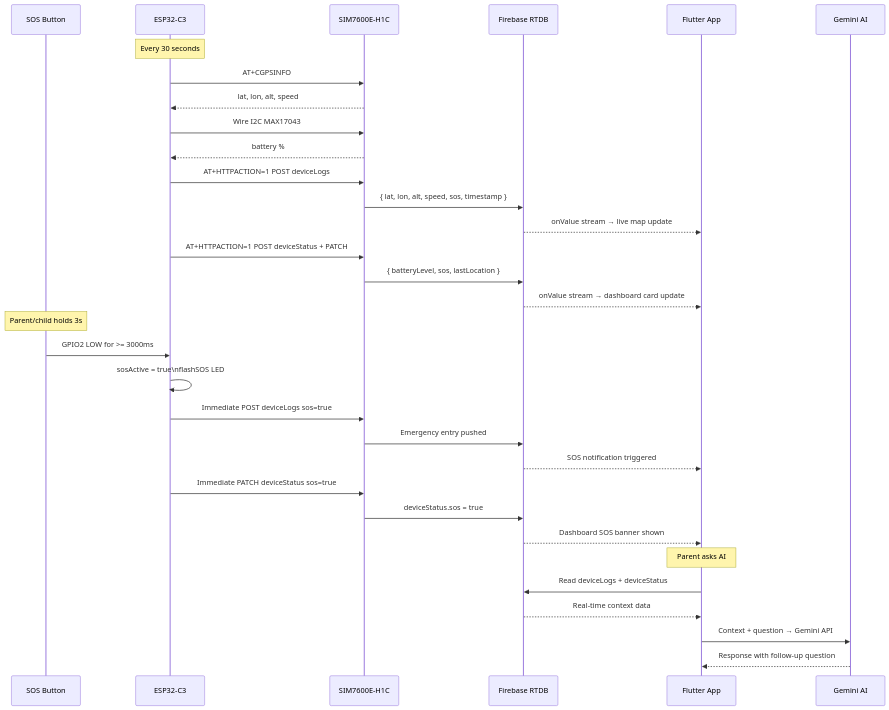
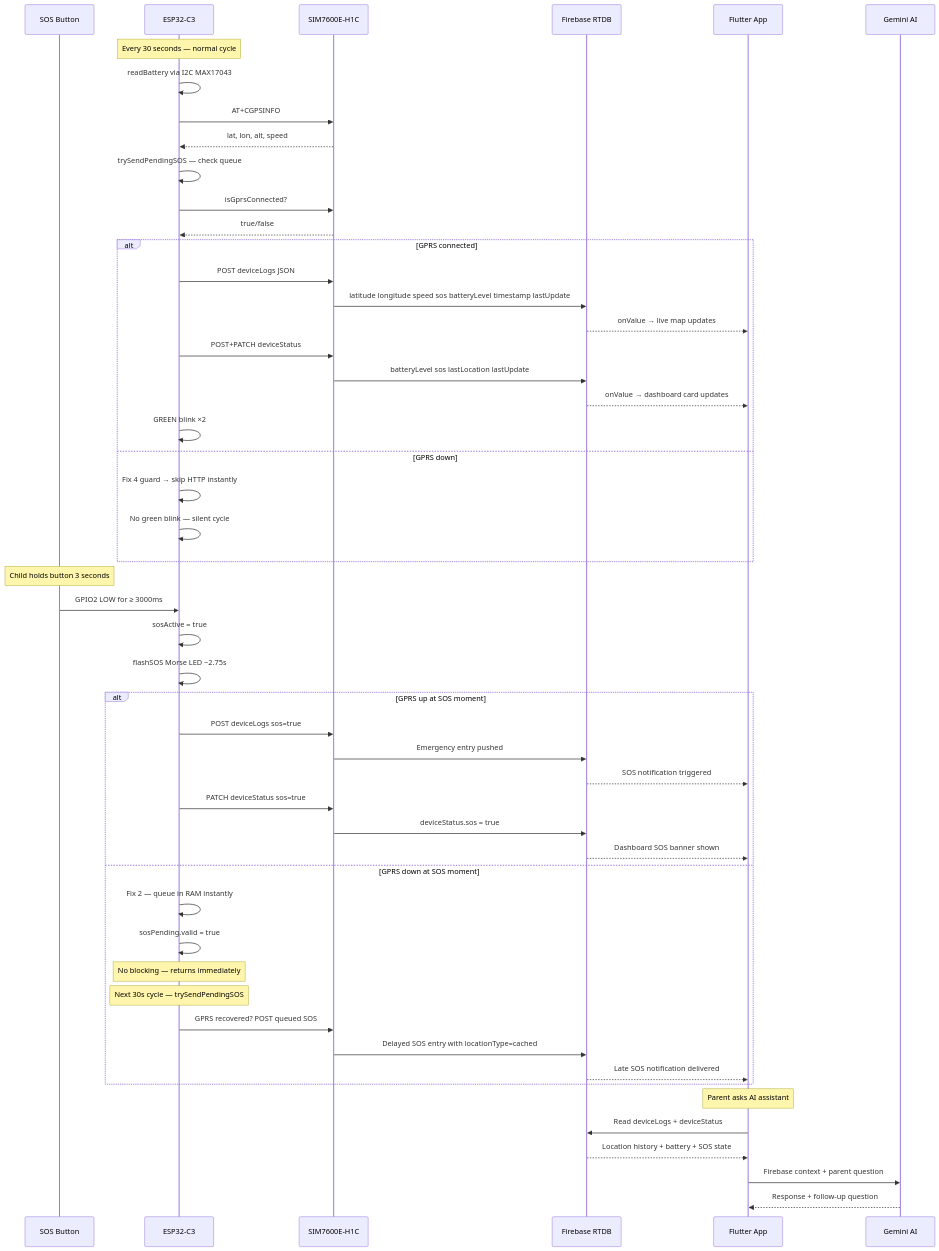
Before and after one commit to law4percent/SafeTrack: the ninth of 11 diagrams in docs/firmware/ESP32-C3_FLOW.md, drawn with Mermaid. The commit also changed other lines of this file and 1 other file, not shown here.

Commit message:
Make data unblockable to save to RTDB

````diff
--- a/docs/firmware/ESP32-C3_FLOW.md
+++ b/docs/firmware/ESP32-C3_FLOW.md
@@ -253,37 +269,58 @@
 ```mermaid
 sequenceDiagram
     participant BTN as SOS Button
     participant ESP as ESP32-C3
     participant GSM as SIM7600E-H1C
     participant FB as Firebase RTDB
     participant APP as Flutter App
     participant AI as Gemini AI
 
-    Note over ESP: Every 30 seconds
+    Note over ESP: Every 30 seconds — normal cycle
+    ESP->>ESP: readBattery via I2C MAX17043
     ESP->>GSM: AT+CGPSINFO
     GSM-->>ESP: lat, lon, alt, speed
-    ESP->>GSM: Wire I2C MAX17043
-    GSM-->>ESP: battery %
-    ESP->>GSM: AT+HTTPACTION=1 POST deviceLogs
-    GSM->>FB: { lat, lon, alt, speed, sos, timestamp }
-    FB-->>APP: onValue stream → live map update
-    ESP->>GSM: AT+HTTPACTION=1 POST deviceStatus + PATCH
-    GSM->>FB: { batteryLevel, sos, lastLocation }
-    FB-->>APP: onValue stream → dashboard card update
+    ESP->>ESP: trySendPendingSOS — check queue
+    ESP->>GSM: isGprsConnected?
+    GSM-->>ESP: true/false
 
-    Note over BTN: Parent/child holds 3s
-    BTN->>ESP: GPIO2 LOW for >= 3000ms
-    ESP->>ESP: sosActive = true\nflashSOS LED
-    ESP->>GSM: Immediate POST deviceLogs sos=true
-    GSM->>FB: Emergency entry pushed
-    FB-->>APP: SOS notification triggered
-    ESP->>GSM: Immediate PATCH deviceStatus sos=true
-    GSM->>FB: deviceStatus.sos = true
-    FB-->>APP: Dashboard SOS banner shown
+    alt GPRS connected
+        ESP->>GSM: POST deviceLogs JSON
+        GSM->>FB: latitude longitude speed sos batteryLevel timestamp lastUpdate
+        FB-->>APP: onValue → live map updates
+        ESP->>GSM: POST+PATCH deviceStatus
+        GSM->>FB: batteryLevel sos lastLocation lastUpdate
+        FB-->>APP: onValue → dashboard card updates
+        ESP->>ESP: GREEN blink ×2
+    else GPRS down
+        ESP->>ESP: Fix 4 guard → skip HTTP instantly
+        ESP->>ESP: No green blink — silent cycle
+    end
 
-    Note over APP: Parent asks AI
+    Note over BTN: Child holds button 3 seconds
+    BTN->>ESP: GPIO2 LOW for ≥ 3000ms
+    ESP->>ESP: sosActive = true
+    ESP->>ESP: flashSOS Morse LED ~2.75s
+
+    alt GPRS up at SOS moment
+        ESP->>GSM: POST deviceLogs sos=true
+        GSM->>FB: Emergency entry pushed
+        FB-->>APP: SOS notification triggered
+        ESP->>GSM: PATCH deviceStatus sos=true
+        GSM->>FB: deviceStatus.sos = true
+        FB-->>APP: Dashboard SOS banner shown
+    else GPRS down at SOS moment
+        ESP->>ESP: Fix 2 — queue in RAM instantly
+        ESP->>ESP: sosPending.valid = true
+        Note over ESP: No blocking — returns immediately
+        Note over ESP: Next 30s cycle — trySendPendingSOS
+        ESP->>GSM: GPRS recovered? POST queued SOS
+        GSM->>FB: Delayed SOS entry with locationType=cached
+        FB-->>APP: Late SOS notification delivered
+    end
+
+    Note over APP: Parent asks AI assistant
     APP->>FB: Read deviceLogs + deviceStatus
-    FB-->>APP: Real-time context data
-    APP->>AI: Context + question → Gemini API
-    AI-->>APP: Response with follow-up question
+    FB-->>APP: Location history + battery + SOS state
+    APP->>AI: Firebase context + parent question
+    AI-->>APP: Response + follow-up question
 ```
````
